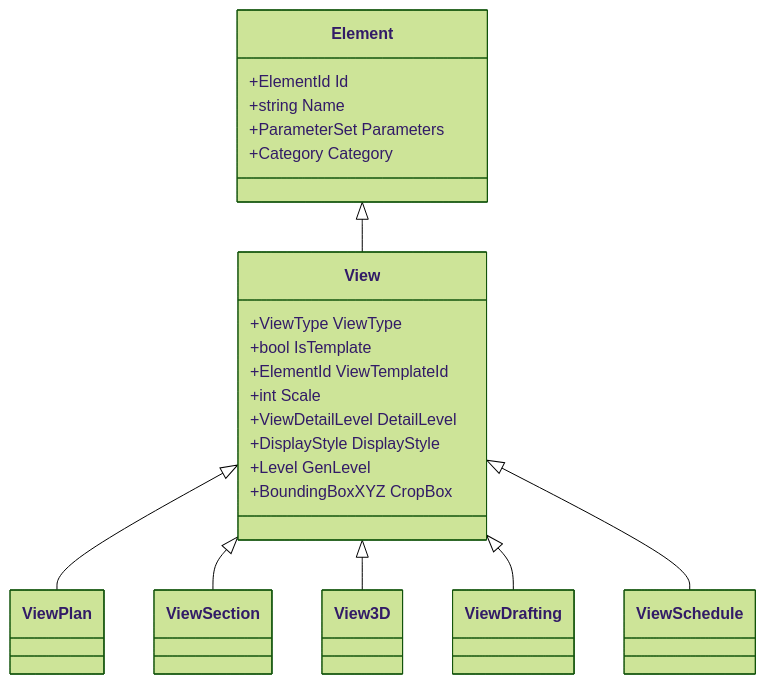
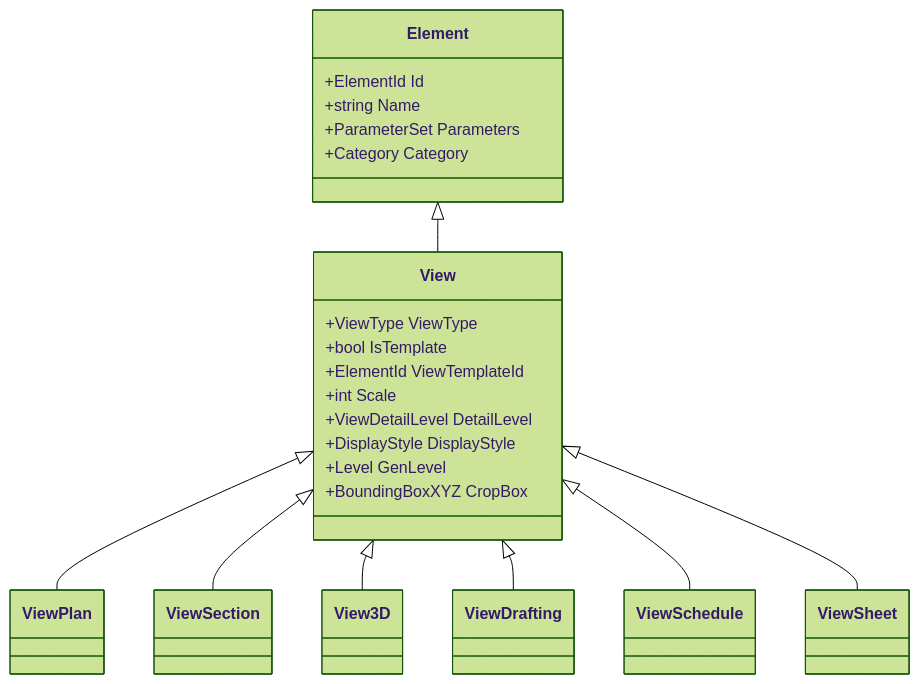
The first of 16 diagrams in RevitApiSamples/Samples/Views/Views.md (Mustafa-TOMMY/CommandSamplesRevitApiVer2025), drawn with Mermaid (forest theme) before and after one commit. The commit also changed other lines of this file, not shown here.

Commit message:
docs: expand Views module with complete C# class hierarchy, ViewType taxonomy, and real-world mapping matrix

````diff
--- a/RevitApiSamples/Samples/Views/Views.md
+++ b/RevitApiSamples/Samples/Views/Views.md
@@ -35,36 +35,39 @@
 ```mermaid
 classDiagram
     class Element {
         +ElementId Id
         +string Name
         +ParameterSet Parameters
         +Category Category
     }
     class View {
         +ViewType ViewType
         +bool IsTemplate
         +ElementId ViewTemplateId
         +int Scale
         +ViewDetailLevel DetailLevel
         +DisplayStyle DisplayStyle
         +Level GenLevel
         +BoundingBoxXYZ CropBox
     }
     class ViewPlan {
     }
     class ViewSection {
     }
     class View3D {
     }
     class ViewDrafting {
     }
     class ViewSchedule {
     }
+    class ViewSheet {
+    }
 
     Element <|-- View
     View <|-- ViewPlan
     View <|-- ViewSection
     View <|-- View3D
     View <|-- ViewDrafting
     View <|-- ViewSchedule
+    View <|-- ViewSheet
 ```
````
